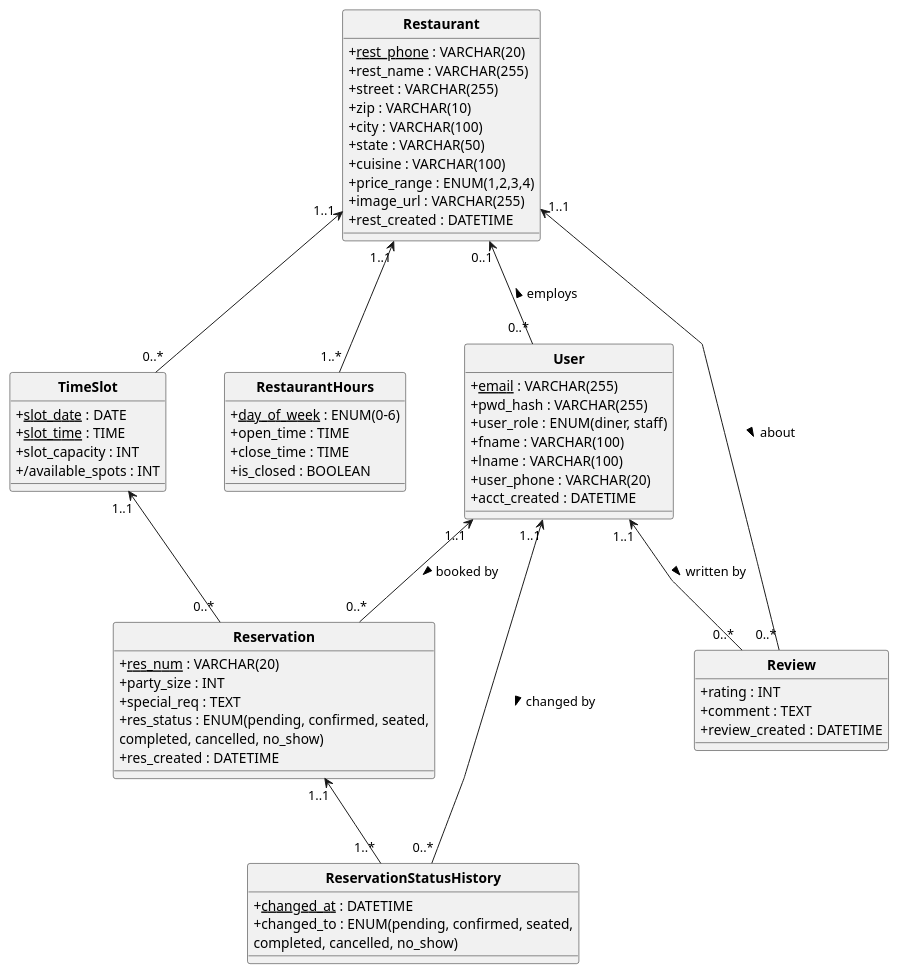
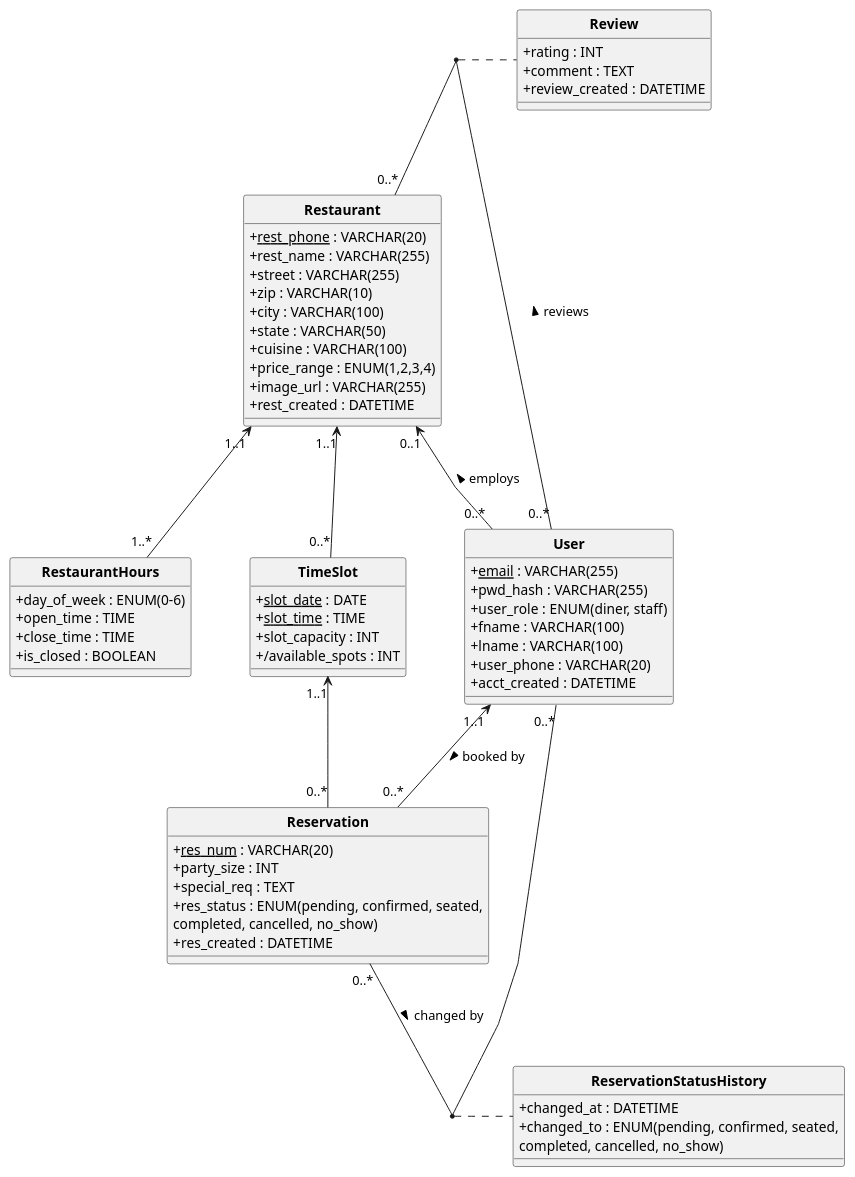
Before and after one commit to CamDtho3/CSCI4370-FinalProject: the diagram in docs/ReservationSystem_ClassDiagram.puml, drawn with PlantUML.

Commit message:
Fixed UML diagram with association classes

```diff
--- a/docs/ReservationSystem_ClassDiagram.puml
+++ b/docs/ReservationSystem_ClassDiagram.puml
@@ -1,106 +1,84 @@
 @startuml ReservationSystem
-
-' To view the diagram, install the PlantUML extension in VSCode
-' Then press alt + d to render the uml diagram in VSCode
 
 skinparam classFontStyle bold
 skinparam classAttributeIconSize 0
 skinparam backgroundColor white
 skinparam nodesep 60
 skinparam ranksep 85
 skinparam linetype polyline
 hide circle
-
-' ─── Level 1: Base / Hub Entities ─────────────────────────────────
 
 class User {
   {field} + <u>email</u> : VARCHAR(255)
   {field} + pwd_hash : VARCHAR(255)
   {field} + user_role : ENUM(diner, staff)
   {field} + fname : VARCHAR(100)
   {field} + lname : VARCHAR(100)
   {field} + user_phone : VARCHAR(20)
   {field} + acct_created : DATETIME
 }
 
 class Restaurant {
   {field} + <u>rest_phone</u> : VARCHAR(20)
   {field} + rest_name : VARCHAR(255)
   {field} + street : VARCHAR(255)
   {field} + zip : VARCHAR(10)
   {field} + city : VARCHAR(100)
   {field} + state : VARCHAR(50)
   {field} + cuisine : VARCHAR(100)
   {field} + price_range : ENUM(1,2,3,4)
   {field} + image_url : VARCHAR(255)
   {field} + rest_created : DATETIME
 }
 
-' ─── Level 2: Restaurant Configuration ────────────────────────────
-
 class RestaurantHours {
-  {field} + <u>day_of_week</u> : ENUM(0-6)
+  {field} + day_of_week : ENUM(0-6)
   {field} + open_time : TIME
   {field} + close_time : TIME
   {field} + is_closed : BOOLEAN
 }
 
 class TimeSlot {
   {field} + <u>slot_date</u> : DATE
   {field} + <u>slot_time</u> : TIME
   {field} + slot_capacity : INT
   {field} + /available_spots : INT
 }
 
-' ─── Level 3: Transactional Entities ──────────────────────────────
-
 class Reservation {
   {field} + <u>res_num</u> : VARCHAR(20)
   {field} + party_size : INT
   {field} + special_req : TEXT
   {field} + res_status : ENUM(pending, confirmed, seated,
   {field}   completed, cancelled, no_show)
   {field} + res_created : DATETIME
 }
 
-' ─── Level 4: Post-Visit Entities ─────────────────────────────────
-
 class ReservationStatusHistory {
-  {field} + <u>changed_at</u> : DATETIME
+  {field} + changed_at : DATETIME
   {field} + changed_to : ENUM(pending, confirmed, seated,
   {field}   completed, cancelled, no_show)
 }
 
 class Review {
   {field} + rating : INT
   {field} + comment : TEXT
   {field} + review_created : DATETIME
 }
 
-' ─── Associations ─────────────────────────────────────────────────
-'  Where a class's identity is partly supplied by its parent, the
-'  association completes the key. e.g. RestaurantHours is identified
-'  by (rest_phone, day_of_week) — FD D1-D3.
-
 Restaurant  "1..1" <-- "1..*" RestaurantHours
 Restaurant  "1..1" <-- "0..*" TimeSlot
 
-' FD I1-I3: Review is identified by (email, rest_phone) — both halves
-' of its key arrive through these two associations.
-Restaurant  "1..1" <-- "0..*" Review : about >
+User        "0..*" -- "0..*" Restaurant : reviews >
+(User, Restaurant) .. Review
 
-' FD A7: email -> employer_phone (null for diners / platform admins)
 Restaurant  "0..1" <-- "0..*" User : employs <
-
-' Diner-side links — restricted to user_role = 'diner' by CHECK
-User        "1..1" <-- "0..*" Reservation : booked by >
-User        "1..1" <-- "0..*" Review : written by >
 
 TimeSlot    "1..1" <-- "0..*" Reservation
 
-Reservation "1..1" <-- "1..*" ReservationStatusHistory
+Reservation "0..*" -- "0..*" User : changed by >
+(Reservation, User) .. ReservationStatusHistory
 
-' Audit trail: who performed the status change (FD G2, changed_by)
-User        "1..1" <-- "0..*" ReservationStatusHistory : changed by >
+User        "1..1" <-- "0..*" Reservation : booked by >
 
 @enduml
```
